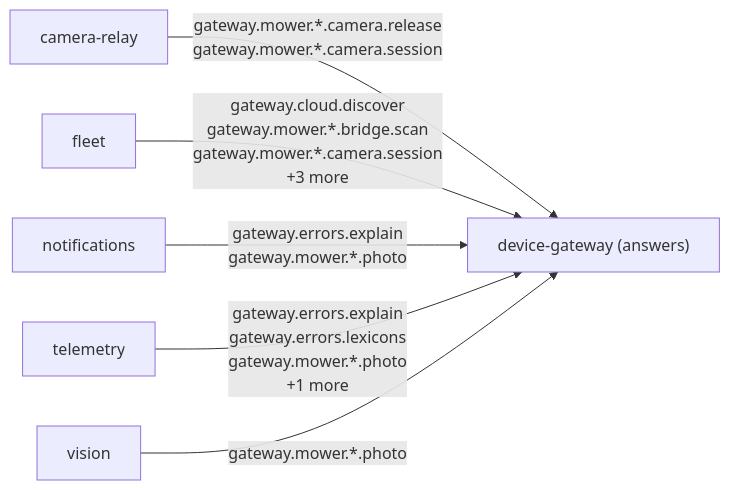
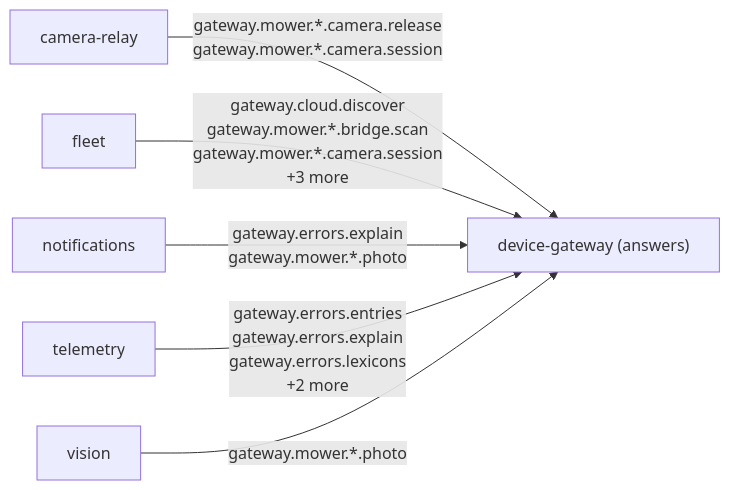
Before and after one commit to lukislp/mowdeck: the tenth of 15 diagrams in docs/architecture/generated.md, drawn with Mermaid. The commit also changed other lines of this file and 33 other files, not shown here.

````diff
--- a/docs/architecture/generated.md
+++ b/docs/architecture/generated.md
@@ -334,14 +334,14 @@
 ```mermaid
 flowchart LR
   r_device_gateway["device-gateway (answers)"]
   q_camera_relay["camera-relay"]
   q_camera_relay -->|"gateway.mower.*.camera.release<br/>gateway.mower.*.camera.session"| r_device_gateway
   q_fleet["fleet"]
   q_fleet -->|"gateway.cloud.discover<br/>gateway.mower.*.bridge.scan<br/>gateway.mower.*.camera.session<br/>+3 more"| r_device_gateway
   q_notifications["notifications"]
   q_notifications -->|"gateway.errors.explain<br/>gateway.mower.*.photo"| r_device_gateway
   q_telemetry["telemetry"]
-  q_telemetry -->|"gateway.errors.explain<br/>gateway.errors.lexicons<br/>gateway.mower.*.photo<br/>+1 more"| r_device_gateway
+  q_telemetry -->|"gateway.errors.entries<br/>gateway.errors.explain<br/>gateway.errors.lexicons<br/>+2 more"| r_device_gateway
   q_vision["vision"]
   q_vision -->|"gateway.mower.*.photo"| r_device_gateway
 ```
````
